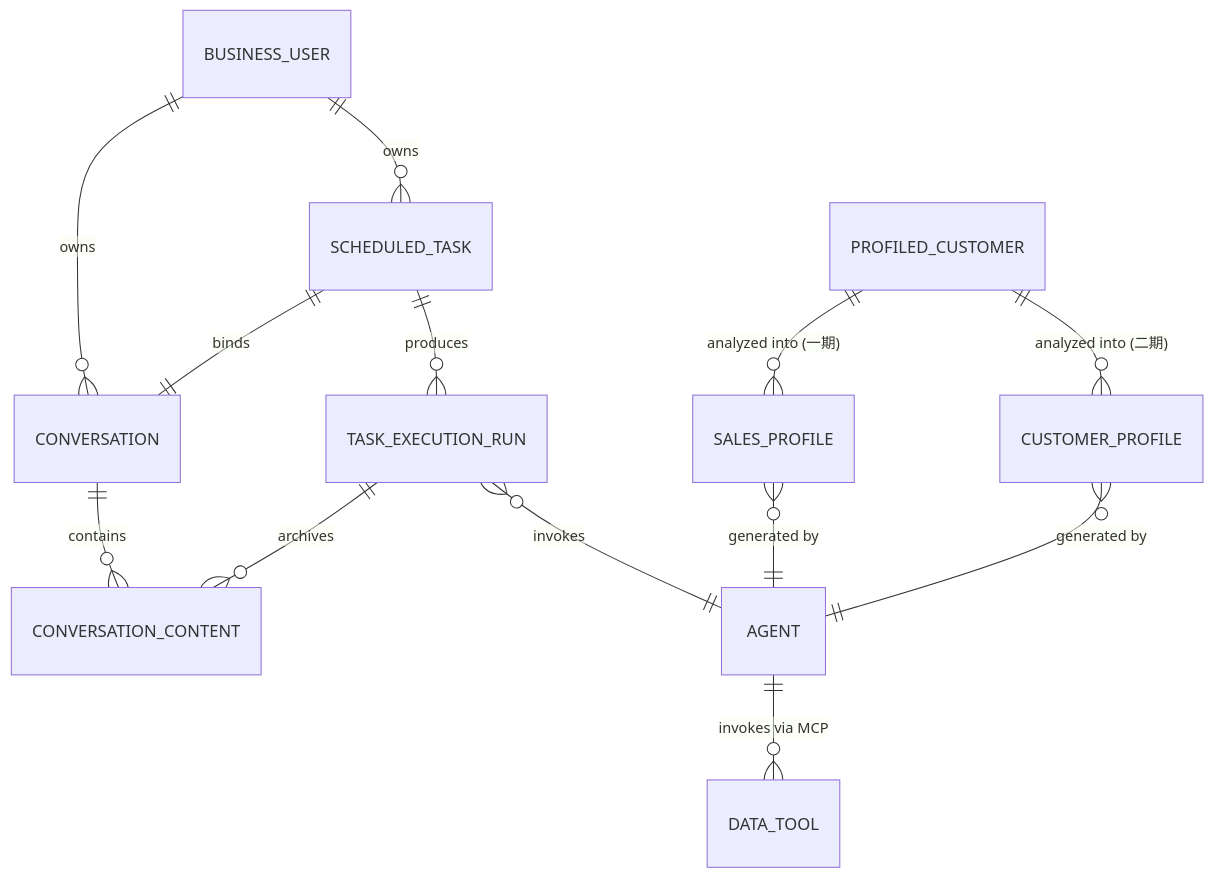
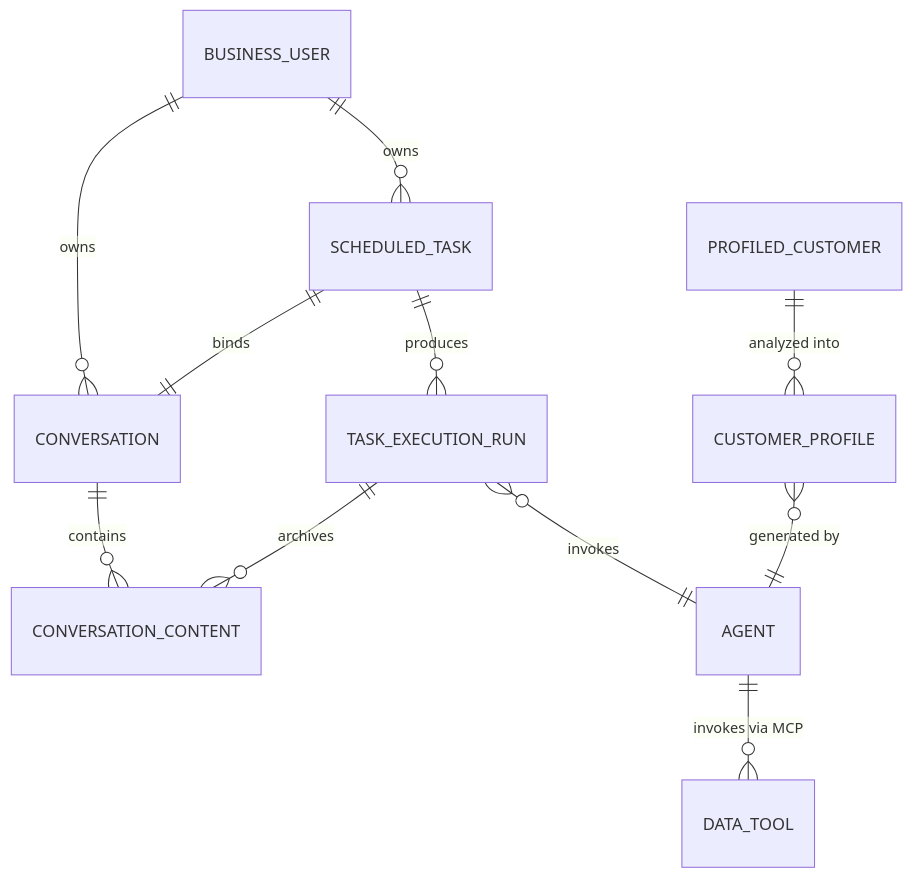
One commit to ChiYouIc/ehub-ai-workbench-prd changed the first of 4 diagrams in CONTEXT.md. Above: the diagram before and after it, drawn with Mermaid. The commit also changed other lines of this file and 33 other files, not shown here.

First line of the commit message:
refactor(customer-profile): 物理删除废弃 sales/ops 文档，PRD v1.3 定稿脱敏+渠道归因+话术 2-3 条

````diff
--- a/CONTEXT.md
+++ b/CONTEXT.md
@@ -52,15 +50,13 @@
 ```mermaid
 erDiagram
     BUSINESS_USER ||--o{ SCHEDULED_TASK : owns
     BUSINESS_USER ||--o{ CONVERSATION : owns
     SCHEDULED_TASK ||--|| CONVERSATION : binds
     CONVERSATION ||--o{ CONVERSATION_CONTENT : contains
     SCHEDULED_TASK ||--o{ TASK_EXECUTION_RUN : produces
     TASK_EXECUTION_RUN ||--o{ CONVERSATION_CONTENT : archives
     TASK_EXECUTION_RUN }o--|| AGENT : invokes
-    PROFILED_CUSTOMER ||--o{ SALES_PROFILE : "analyzed into (一期)"
-    PROFILED_CUSTOMER ||--o{ CUSTOMER_PROFILE : "analyzed into (二期)"
-    SALES_PROFILE }o--|| AGENT : "generated by"
+    PROFILED_CUSTOMER ||--o{ CUSTOMER_PROFILE : "analyzed into"
     CUSTOMER_PROFILE }o--|| AGENT : "generated by"
     AGENT ||--o{ DATA_TOOL : "invokes via MCP"
 ```
````
